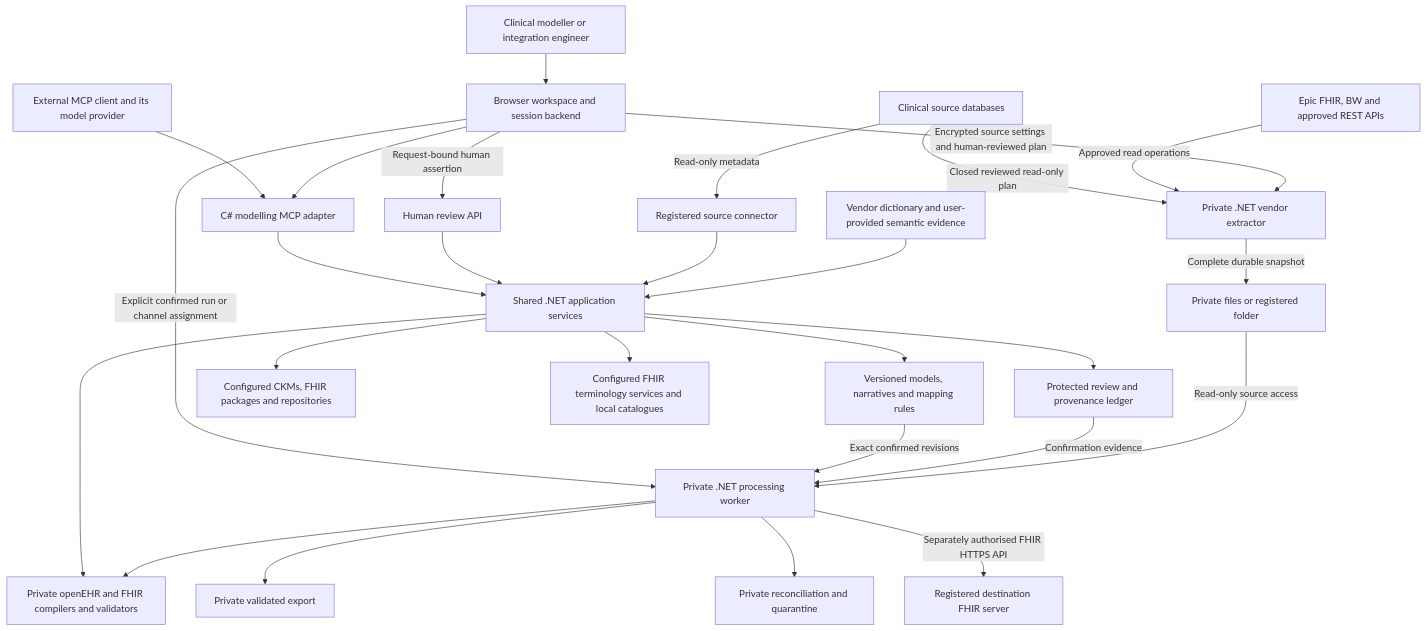
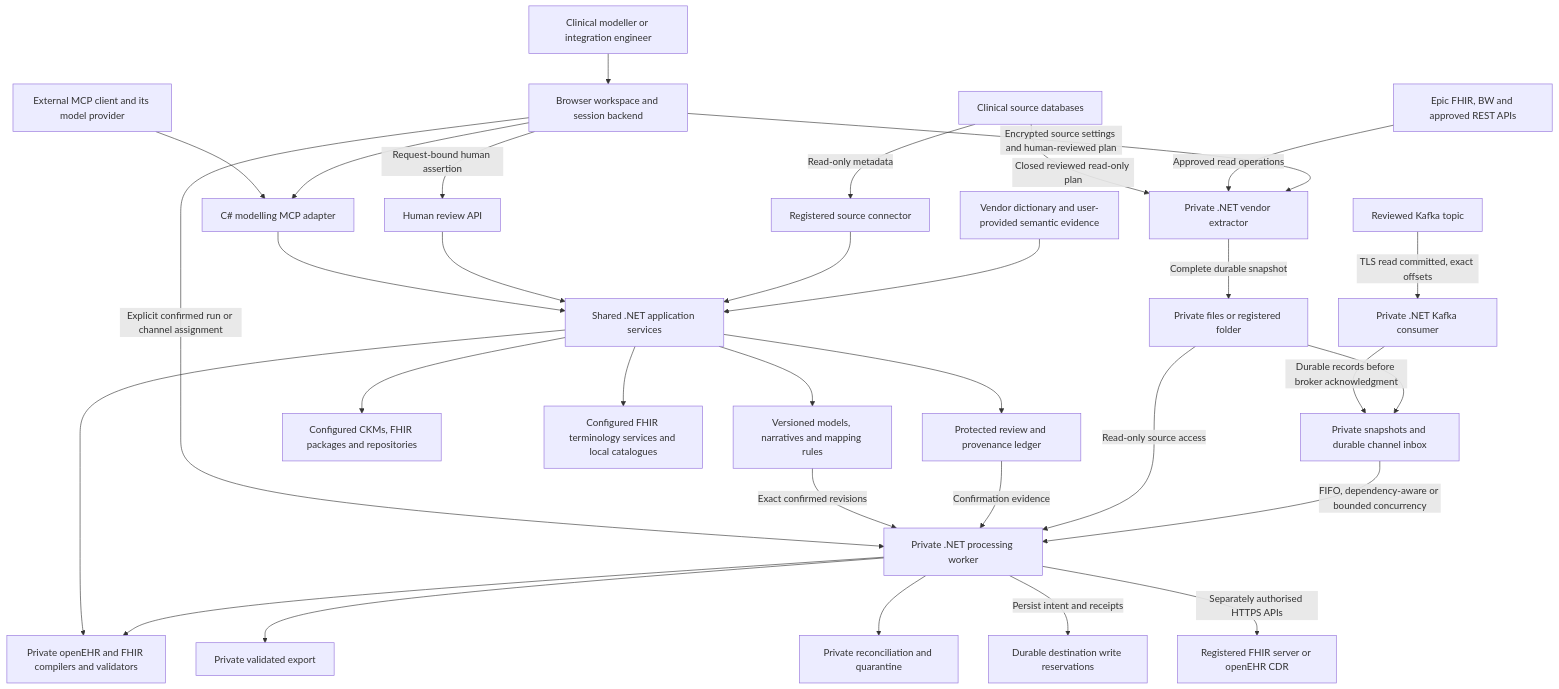
The first of 2 diagrams in docs/ARCHITECTURE.md (CzarMich/openehr_FHIR_Modeller), drawn with Mermaid before and after one commit. The commit also changed other lines of this file and 58 other files, not shown here.

````diff
--- a/docs/ARCHITECTURE.md
+++ b/docs/ARCHITECTURE.md
@@ -9,29 +9,34 @@
 ```mermaid
 flowchart TB
     Human[Clinical modeller or integration engineer] --> Browser[Browser workspace and session backend]
     Client[External MCP client and its model provider] --> MCP[C# modelling MCP adapter]
     Browser --> MCP
     Browser -->|Request-bound human assertion| Review[Human review API]
     MCP --> App[Shared .NET application services]
     Review --> App
     App --> Models[Versioned models, narratives and mapping rules]
     App --> Audit[Protected review and provenance ledger]
     App --> Standards[Private openEHR and FHIR compilers and validators]
     App --> Definitions[Configured CKMs, FHIR packages and repositories]
     App --> Terminology[Configured FHIR terminology services and local catalogues]
     DB[Clinical source databases] -->|Read-only metadata| Discovery[Registered source connector]
     Discovery --> App
     Dictionary[Vendor dictionary and user-provided semantic evidence] --> App
     Browser -->|Explicit confirmed run or channel assignment| Runtime[Private .NET processing worker]
     Models -->|Exact confirmed revisions| Runtime
     Audit -->|Confirmation evidence| Runtime
     Files[Private files or registered folder] -->|Read-only source access| Runtime
     DB -->|Closed reviewed read-only plan| Extract[Private .NET vendor extractor]
     APIs[Epic FHIR, BW and approved REST APIs] -->|Approved read operations| Extract
     Browser -->|Encrypted source settings and human-reviewed plan| Extract
     Extract -->|Complete durable snapshot| Files
     Runtime --> Standards
     Runtime --> Export[Private validated export]
     Runtime --> Quarantine[Private reconciliation and quarantine]
-    Runtime -->|Separately authorised FHIR HTTPS API| Destination[Registered destination FHIR server]
+    Kafka[Reviewed Kafka topic] -->|TLS read committed, exact offsets| Intake[Private .NET Kafka consumer]
+    Intake -->|Durable records before broker acknowledgment| Inbox[Private snapshots and durable channel inbox]
+    Files --> Inbox
+    Inbox -->|FIFO, dependency-aware or bounded concurrency| Runtime
+    Runtime -->|Persist intent and receipts| Fence[Durable destination write reservations]
+    Runtime -->|Separately authorised HTTPS APIs| Destination[Registered FHIR server or openEHR CDR]
 ```
````
